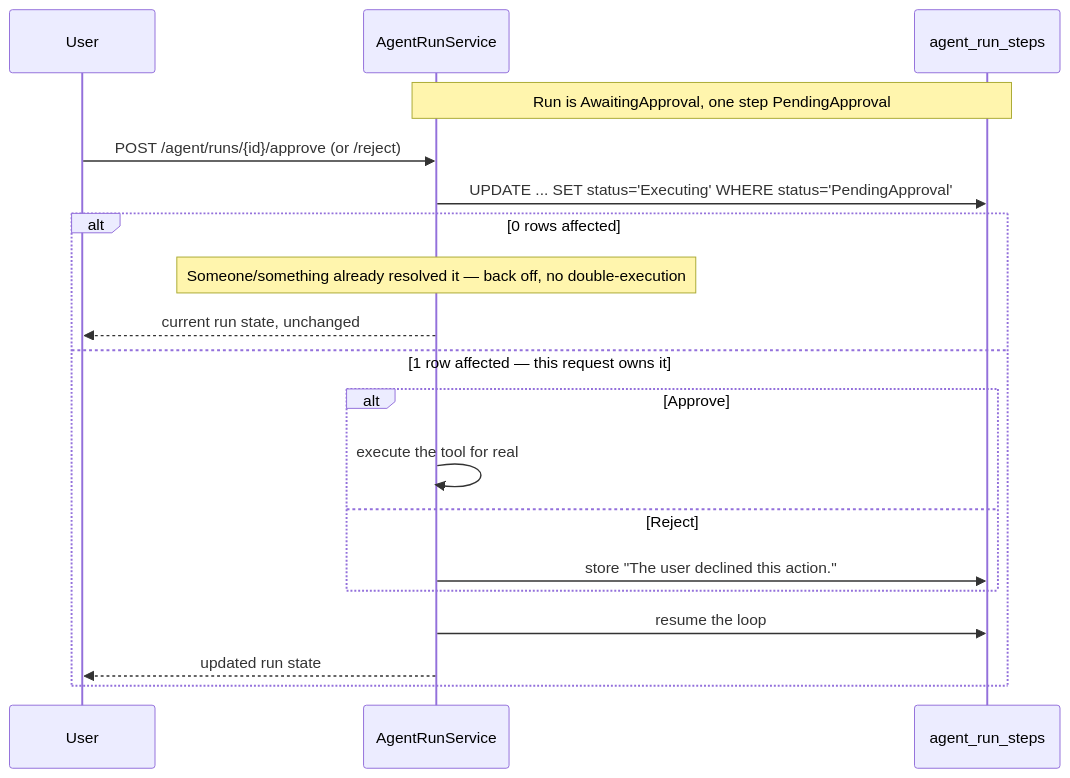
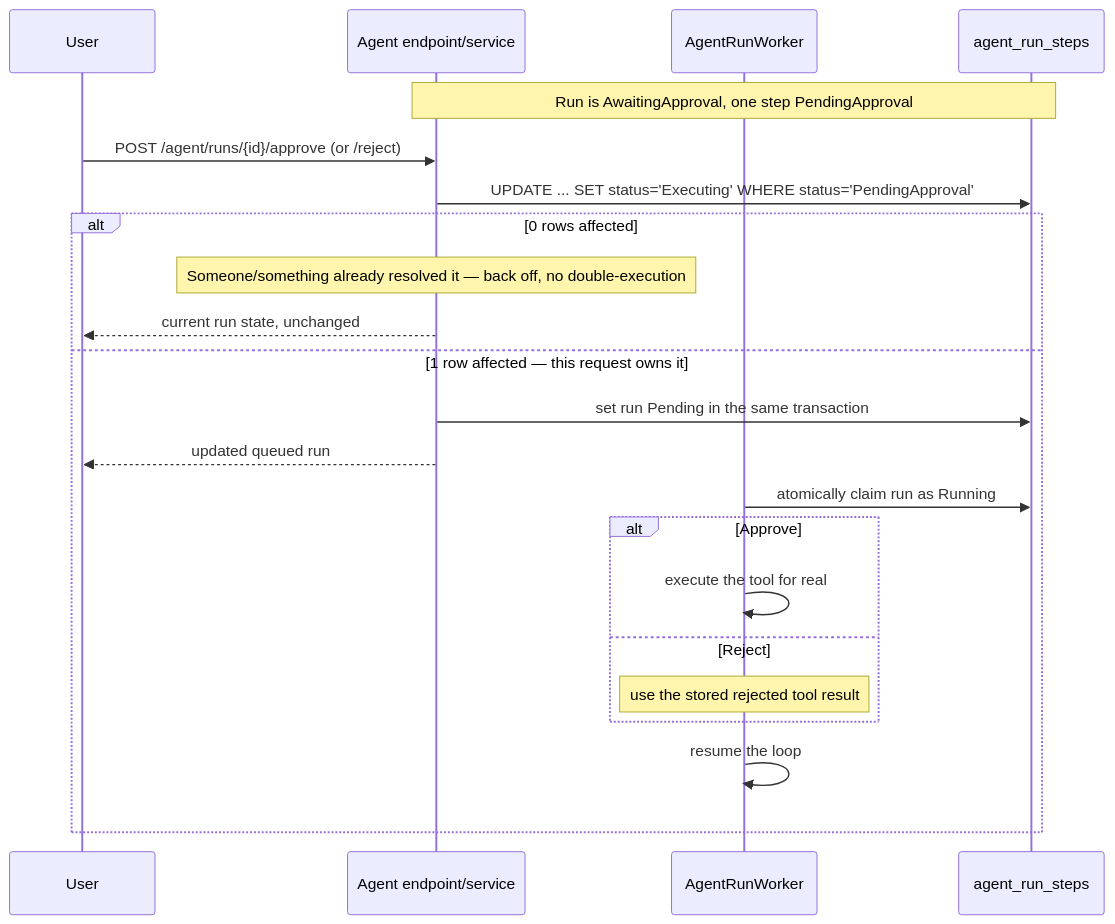
One commit to AhmadAbughanam/amanah-drive changed the third of 4 diagrams in docs/agent.md. Above: the diagram before and after it, drawn with Mermaid. The commit also changed other lines of this file and 13 other files, not shown here.

````diff
--- a/docs/agent.md
+++ b/docs/agent.md
@@ -98,22 +108,25 @@
 ```mermaid
 sequenceDiagram
     participant U as User
-    participant A as AgentRunService
+    participant A as Agent endpoint/service
+    participant W as AgentRunWorker
     participant DB as agent_run_steps
 
     Note over A,DB: Run is AwaitingApproval, one step PendingApproval
     U->>A: POST /agent/runs/{id}/approve (or /reject)
     A->>DB: UPDATE ... SET status='Executing' WHERE status='PendingApproval'
     alt 0 rows affected
         Note over A: Someone/something already resolved it — back off, no double-execution
         A-->>U: current run state, unchanged
     else 1 row affected — this request owns it
+        A->>DB: set run Pending in the same transaction
+        A-->>U: updated queued run
+        W->>DB: atomically claim run as Running
         alt Approve
-            A->>A: execute the tool for real
+            W->>W: execute the tool for real
         else Reject
-            A->>DB: store "The user declined this action."
+            Note over W: use the stored rejected tool result
         end
-        A->>DB: resume the loop
-        A-->>U: updated run state
+        W->>W: resume the loop
     end
 ```
````
